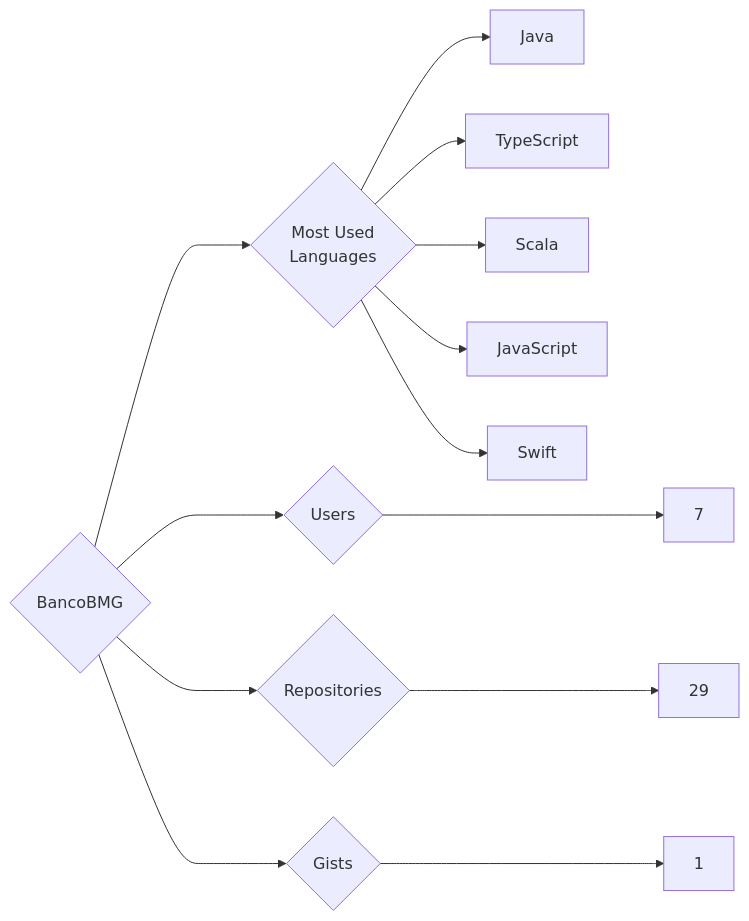
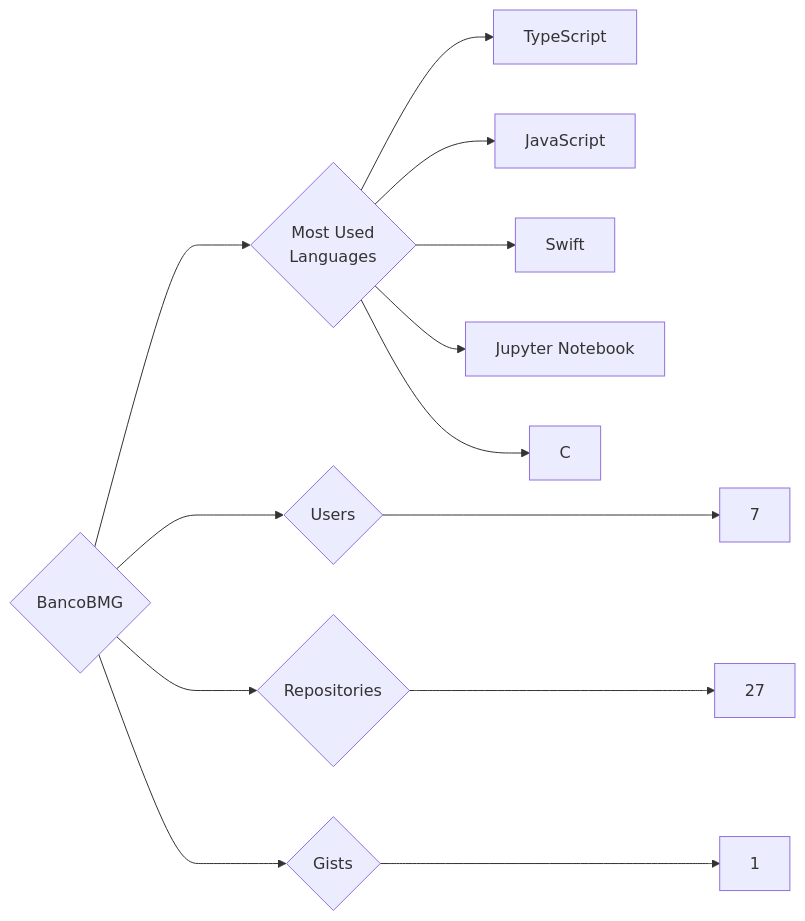
Before and after one commit to trickest/insiders: the diagram in targets/BancoBMG/README.md, drawn with Mermaid. The commit also changed 1023 other files, not shown here.

````diff
--- a/targets/BancoBMG/README.md
+++ b/targets/BancoBMG/README.md
@@ -3,13 +3,13 @@
 ```mermaid
 graph LR
 COMPANY_NAME{BancoBMG}
 COMPANY_NAME ---> U{Users} ---> UN[7]
-COMPANY_NAME ---> R{Repositories} ---> RN[29]
+COMPANY_NAME ---> R{Repositories} ---> RN[27]
 COMPANY_NAME ---> G{Gists} ---> GN[1]
 COMPANY_NAME ---> ML{Most Used<br>Languages}
-ML --> Java[Java]
 ML --> TypeScript[TypeScript]
-ML --> Scala[Scala]
 ML --> JavaScript[JavaScript]
 ML --> Swift[Swift]
+ML --> Jupyter_Notebook[Jupyter Notebook]
+ML --> C[C]
 ```
````
